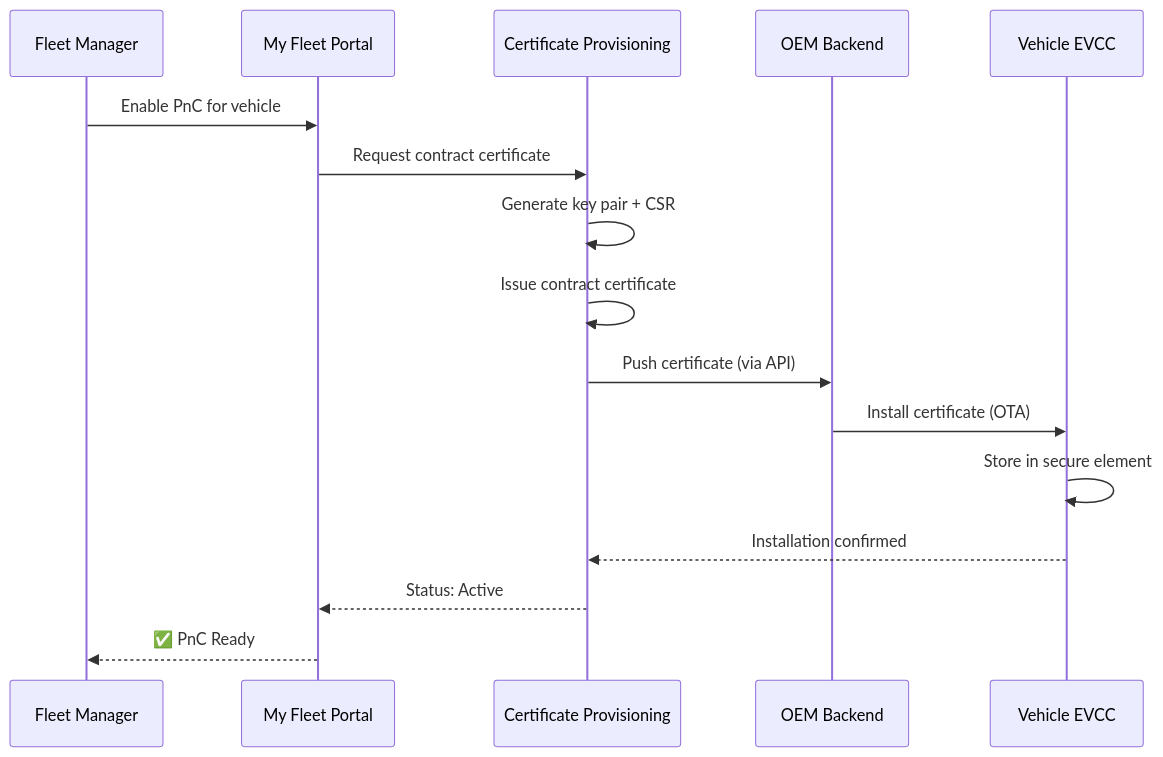
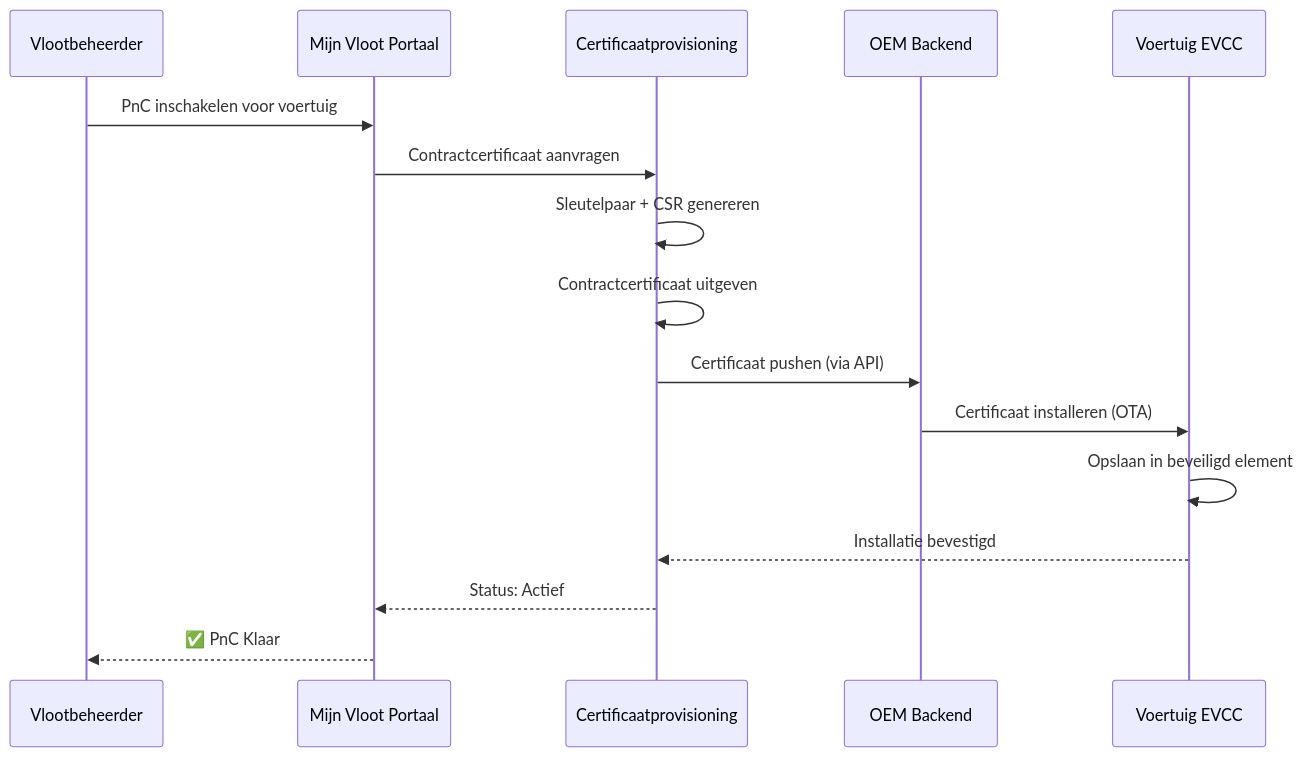
One commit to imichelena/stroomlijnen-docs changed the third of 3 diagrams in docs/technical/iso-15118.md. Above: the diagram before and after it, drawn with Mermaid. The commit also changed other lines of this file and 11 other files, not shown here.

````diff
--- a/docs/technical/iso-15118.md
+++ b/docs/technical/iso-15118.md
@@ -130,19 +130,19 @@
 ```mermaid
 sequenceDiagram
-    participant FM as Fleet Manager
-    participant Portal as My Fleet Portal
-    participant CPS as Certificate Provisioning
+    participant FM as Vlootbeheerder
+    participant Portal as Mijn Vloot Portaal
+    participant CPS as Certificaatprovisioning
     participant OEM as OEM Backend
-    participant Vehicle as Vehicle EVCC
+    participant Vehicle as Voertuig EVCC
 
-    FM->>Portal: Enable PnC for vehicle
-    Portal->>CPS: Request contract certificate
-    CPS->>CPS: Generate key pair + CSR
-    CPS->>CPS: Issue contract certificate
-    CPS->>OEM: Push certificate (via API)
-    OEM->>Vehicle: Install certificate (OTA)
-    Vehicle->>Vehicle: Store in secure element
-    Vehicle-->>CPS: Installation confirmed
-    CPS-->>Portal: Status: Active
-    Portal-->>FM: ✅ PnC Ready
+    FM->>Portal: PnC inschakelen voor voertuig
+    Portal->>CPS: Contractcertificaat aanvragen
+    CPS->>CPS: Sleutelpaar + CSR genereren
+    CPS->>CPS: Contractcertificaat uitgeven
+    CPS->>OEM: Certificaat pushen (via API)
+    OEM->>Vehicle: Certificaat installeren (OTA)
+    Vehicle->>Vehicle: Opslaan in beveiligd element
+    Vehicle-->>CPS: Installatie bevestigd
+    CPS-->>Portal: Status: Actief
+    Portal-->>FM: ✅ PnC Klaar
 ```
````
